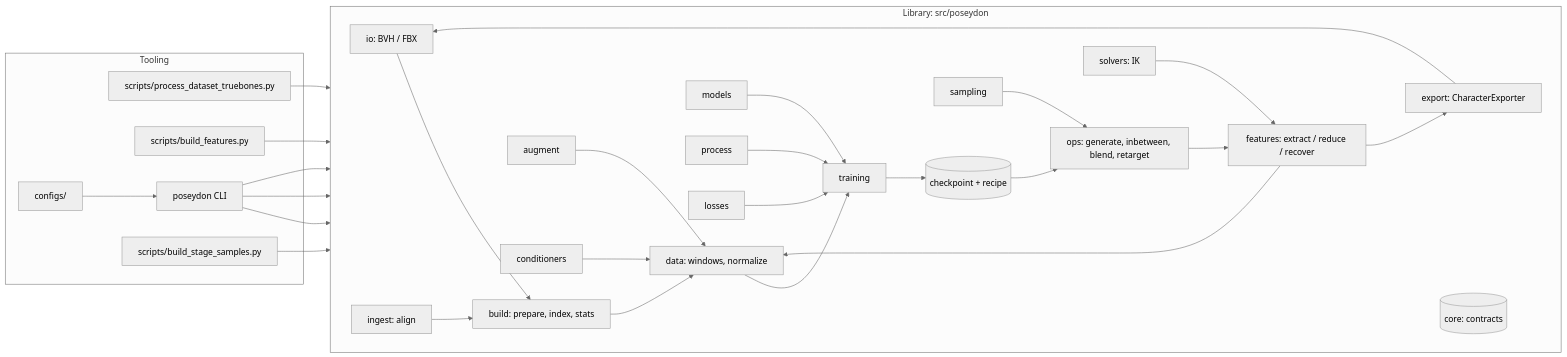
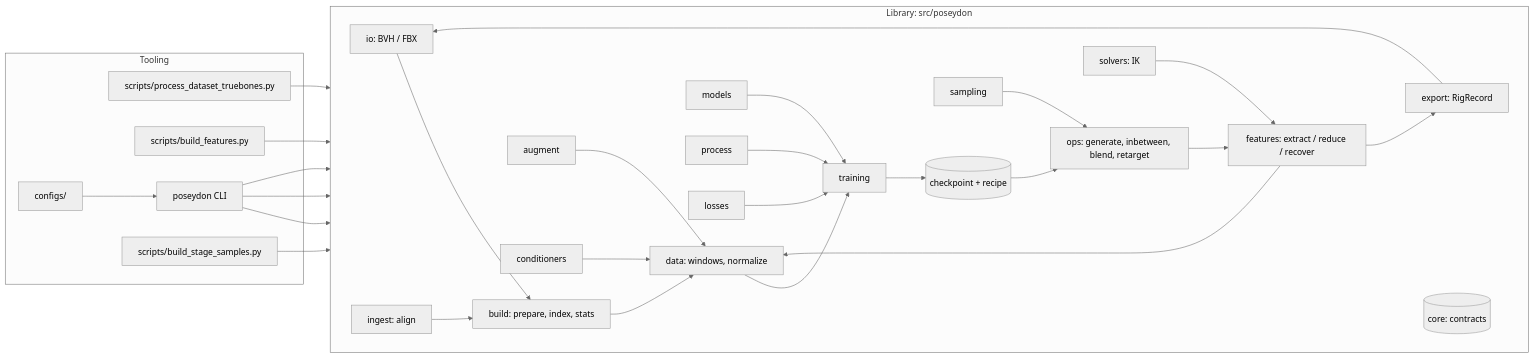
The diagram in docs/index/overview.md (LuCazzola/PoseYdon), drawn with Mermaid (neutral theme) before and after one commit. The commit also changed other lines of this file and 27 other files, not shown here.

````diff
--- a/docs/index/overview.md
+++ b/docs/index/overview.md
@@ -19,56 +19,56 @@
 ```mermaid
 flowchart LR
   subgraph tooling [Tooling]
     PS[scripts/process_dataset_truebones.py]
     BF[scripts/build_features.py]
     CLI[poseydon CLI]
     CFG[configs/]
     A2F[scripts/build_stage_samples.py]
   end
 
   subgraph lib [Library: src/poseydon]
     direction LR
     io[io: BVH / FBX]
     build[build: prepare, index, stats]
     ingest[ingest: align]
     data[data: windows, normalize]
     features[features: extract / reduce / recover]
     augment
     conditioners
     training
     models
     process
     losses
     ops[ops: generate, inbetween, blend, retarget]
     sampling
     solvers[solvers: IK]
-    export[export: CharacterExporter]
+    export[export: RigRecord]
     core[(core: contracts)]
 
     io --> build
     ingest --> build
     build --> data
     features --> data
     augment --> data
     conditioners --> data
     data --> training
     models --> training
     process --> training
     losses --> training
     training --> ckpt[(checkpoint + recipe)]
     ckpt --> ops
     sampling --> ops
     ops --> features
     solvers --> features
     features --> export
     export --> io
   end
 
   PS --> build
   BF --> build
   CLI --> training
   CLI --> ops
   CLI --> export
   CFG --> CLI
   A2F --> export
 ```
````
